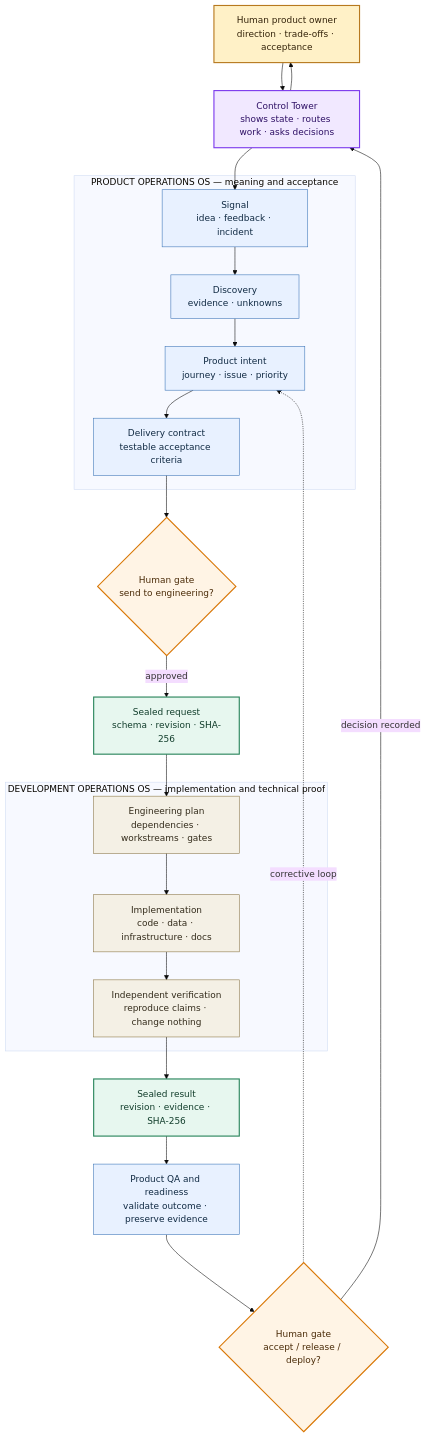
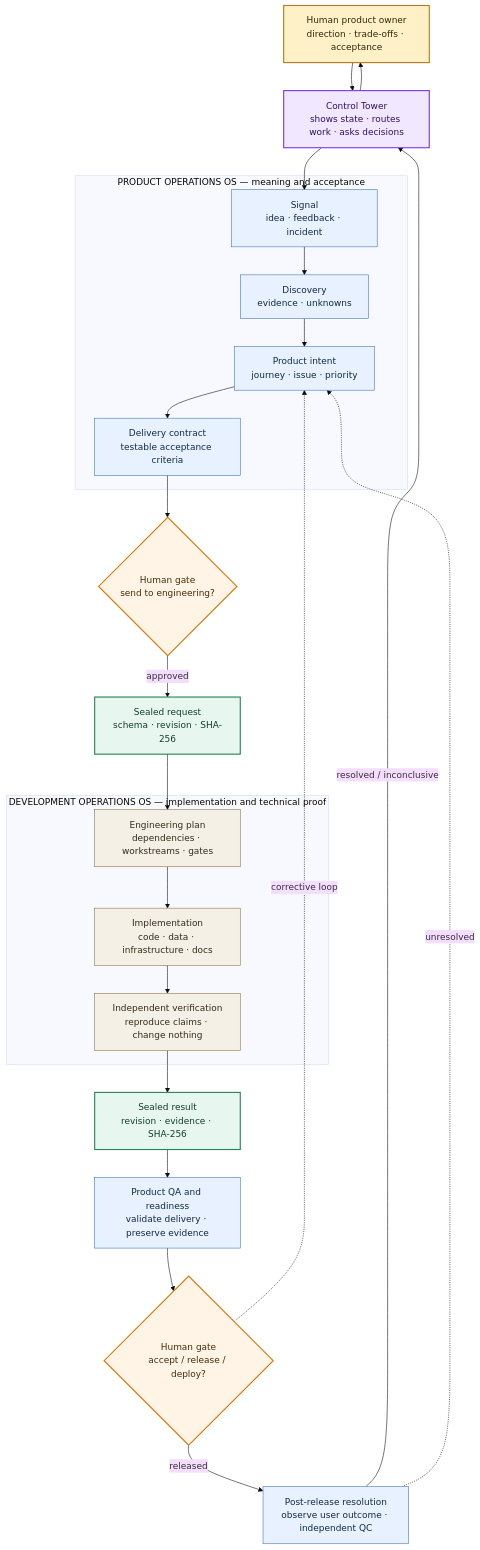
The diagram in .github/diagrams/system-overview.mmd (sedwna/open-product-operations-os), drawn with Mermaid (base theme) before and after one commit. The commit also changed 29 other files, not shown here.

Commit message:
Separate release readiness from outcome resolution

```diff
--- a/.github/diagrams/system-overview.mmd
+++ b/.github/diagrams/system-overview.mmd
@@ -1,47 +1,50 @@
 flowchart TB
     H["Human product owner<br/>direction · trade-offs · acceptance"]
     CT["Control Tower<br/>shows state · routes work · asks decisions"]
 
     subgraph POS ["PRODUCT OPERATIONS OS — meaning and acceptance"]
       S["Signal<br/>idea · feedback · incident"] --> D["Discovery<br/>evidence · unknowns"]
       D --> I["Product intent<br/>journey · issue · priority"]
       I --> C["Delivery contract<br/>testable acceptance criteria"]
     end
 
     G1{"Human gate<br/>send to engineering?"}
     B1["Sealed request<br/>schema · revision · SHA-256"]
 
     subgraph DOS ["DEVELOPMENT OPERATIONS OS — implementation and technical proof"]
       P["Engineering plan<br/>dependencies · workstreams · gates"] --> W["Implementation<br/>code · data · infrastructure · docs"]
       W --> V["Independent verification<br/>reproduce claims · change nothing"]
     end
 
     B2["Sealed result<br/>revision · evidence · SHA-256"]
-    Q["Product QA and readiness<br/>validate outcome · preserve evidence"]
+    Q["Product QA and readiness<br/>validate delivery · preserve evidence"]
     G2{"Human gate<br/>accept / release / deploy?"}
+    R["Post-release resolution<br/>observe user outcome · independent QC"]
 
     H --> CT
     CT --> H
     CT --> S
     C --> G1
     G1 -->|approved| B1
     B1 --> P
     V --> B2
     B2 --> Q
     Q --> G2
-    G2 -->|decision recorded| CT
+    G2 -->|released| R
+    R -->|resolved / inconclusive| CT
     G2 -.->|corrective loop| I
+    R -.->|unresolved| I
 
     classDef human fill:#FFF1C7,stroke:#B7791F,color:#34230A,stroke-width:2px;
     classDef tower fill:#F1E8FF,stroke:#7C3AED,color:#2E1065,stroke-width:2px;
     classDef product fill:#E8F1FF,stroke:#3973B7,color:#102A43;
     classDef engineering fill:#F4F0E5,stroke:#8A7442,color:#332B1B;
     classDef contract fill:#E7F7EF,stroke:#27845A,color:#123E2C,stroke-width:2px;
     classDef gate fill:#FFF4E5,stroke:#D97706,color:#4A2B08,stroke-width:2px;
 
     class H human;
     class CT tower;
-    class S,D,I,C,Q product;
+    class S,D,I,C,Q,R product;
     class P,W,V engineering;
     class B1,B2 contract;
     class G1,G2 gate;
```
